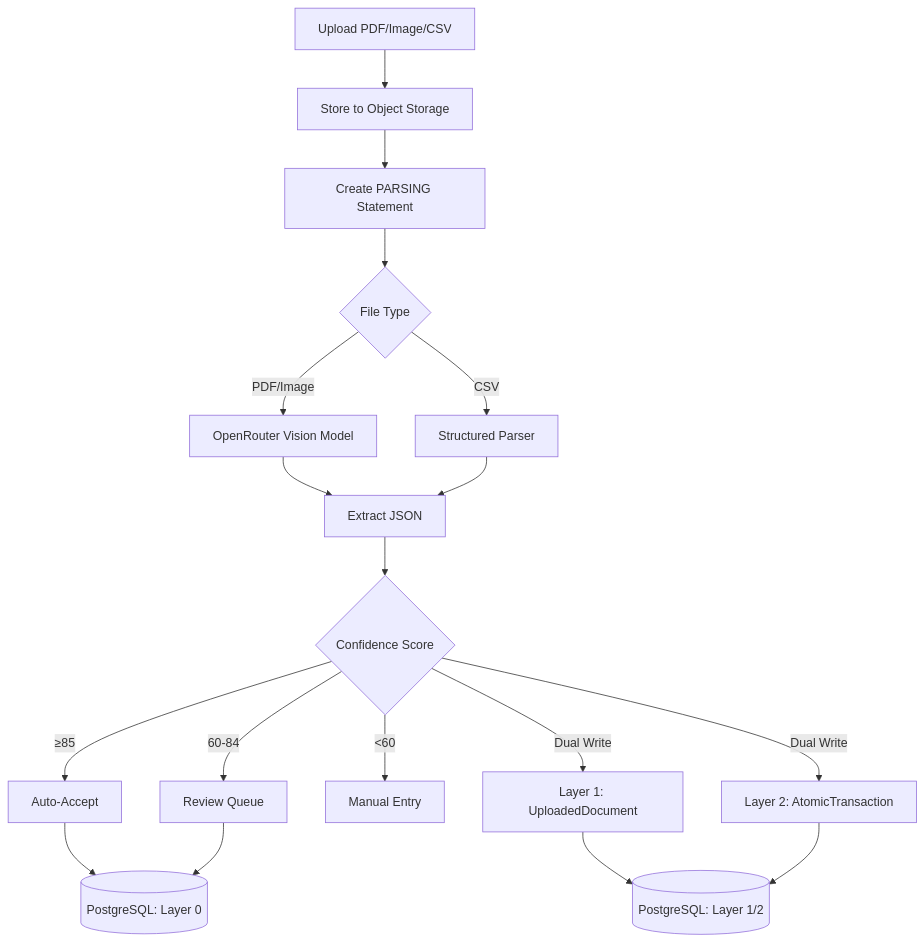
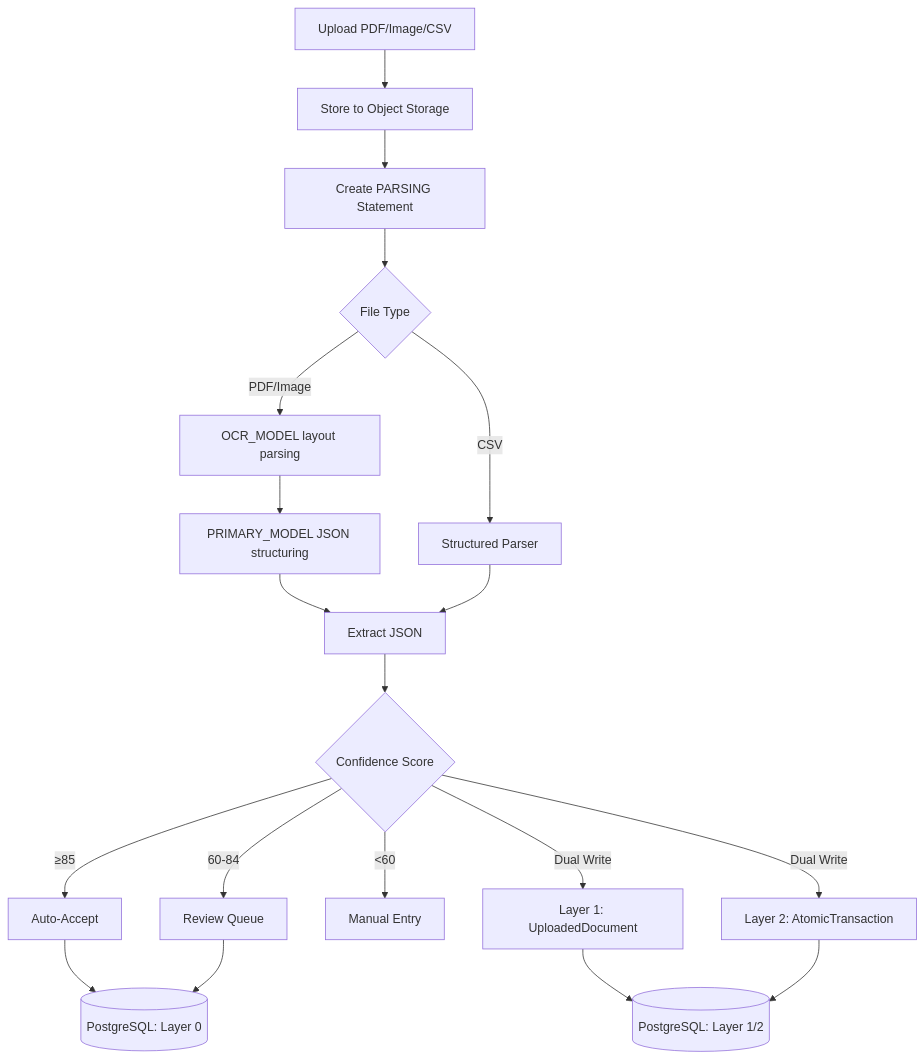
Before and after one commit to wangzitian0/finance_report: the diagram in docs/ssot/extraction.md, drawn with Mermaid. The commit also changed other lines of this file and 27 other files, not shown here.

````diff
--- a/docs/ssot/extraction.md
+++ b/docs/ssot/extraction.md
@@ -11,22 +11,23 @@
 ```mermaid
 flowchart TB
     A[Upload PDF/Image/CSV] --> S[Store to Object Storage]
     S --> P[Create PARSING Statement]
     P --> B{File Type}
-    B -->|PDF/Image| C["OpenRouter Vision Model"]
+    B -->|PDF/Image| C["OCR_MODEL layout parsing"]
+    C --> C2["PRIMARY_MODEL JSON structuring"]
     B -->|CSV| D[Structured Parser]
-    C --> E[Extract JSON]
+    C2 --> E[Extract JSON]
     D --> E
     E --> F{Confidence Score}
     F -->|≥85| G[Auto-Accept]
     F -->|60-84| H[Review Queue]
     F -->|<60| I[Manual Entry]
     G --> J[(PostgreSQL: Layer 0)]
     H --> J
     
     %% EPIC-011 Dual Write
     F -->|Dual Write| K[Layer 1: UploadedDocument]
     F -->|Dual Write| L[Layer 2: AtomicTransaction]
     K --> M[(PostgreSQL: Layer 1/2)]
     L --> M
 ```
````
